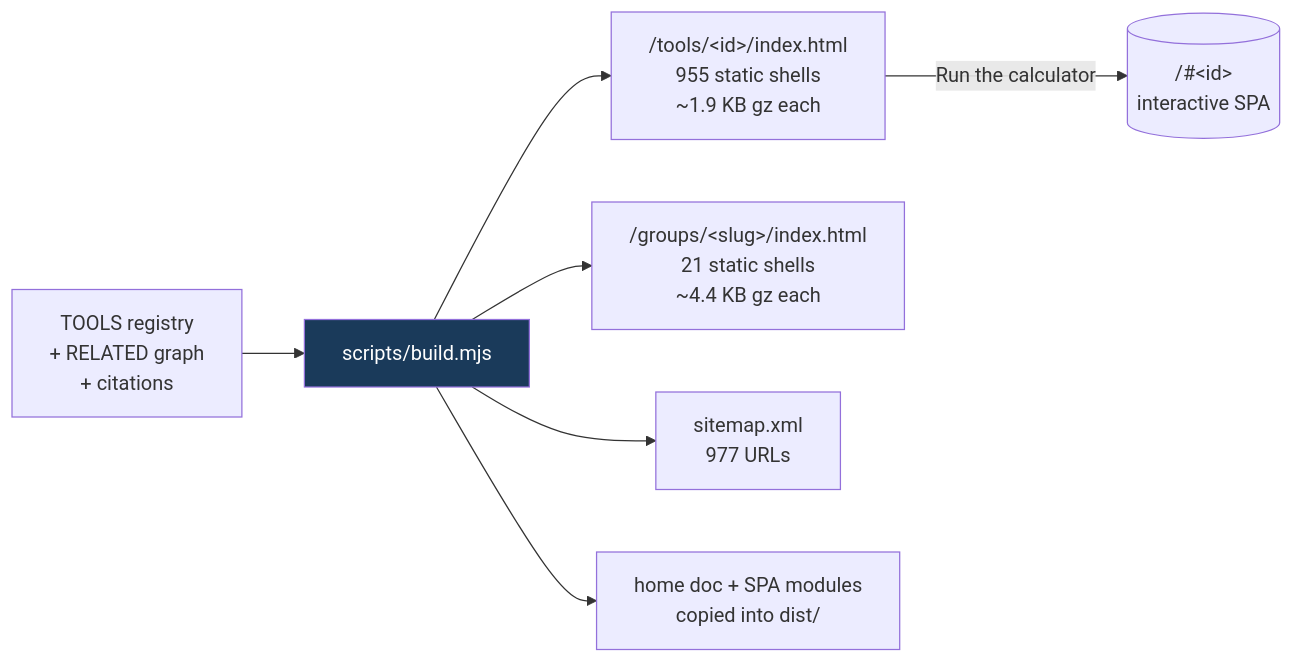
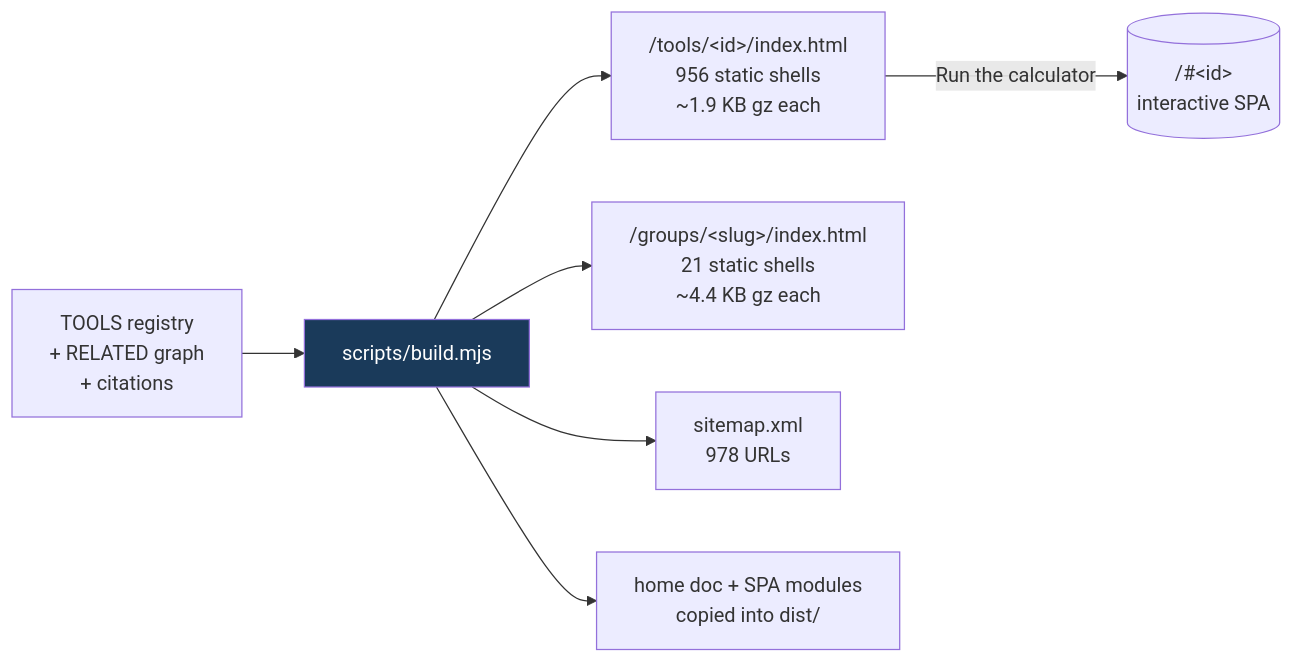
The fifth of 8 diagrams in README.md (clay-good/roughlogic.com), drawn with Mermaid before and after one commit. The commit also changed other lines of this file and 14 other files, not shown here.

````diff
--- a/README.md
+++ b/README.md
@@ -495,10 +495,10 @@
 ```mermaid
 flowchart LR
     SRC[TOOLS registry\n+ RELATED graph\n+ citations] --> BUILD[scripts/build.mjs]
-    BUILD --> TILE["/tools/&lt;id&gt;/index.html\n955 static shells\n~1.9 KB gz each"]
+    BUILD --> TILE["/tools/&lt;id&gt;/index.html\n956 static shells\n~1.9 KB gz each"]
     BUILD --> GROUP["/groups/&lt;slug&gt;/index.html\n21 static shells\n~4.4 KB gz each"]
-    BUILD --> MAP["sitemap.xml\n977 URLs"]
+    BUILD --> MAP["sitemap.xml\n978 URLs"]
     BUILD --> COPY[home doc + SPA modules\ncopied into dist/]
     TILE -->|Run the calculator| SPA[("/#&lt;id&gt;\ninteractive SPA")]
     style BUILD fill:#1a3a5a,color:#fff
 ```
````
